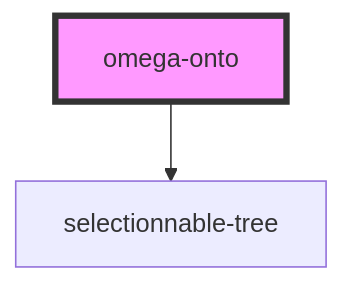
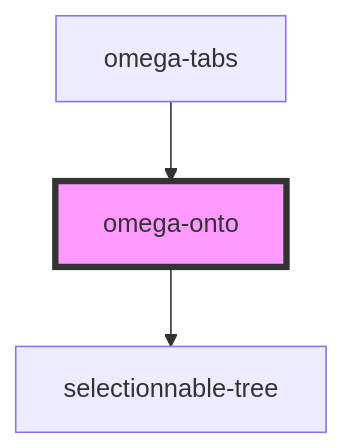
The diagram in src/components/omega-onto/readme.md (alkihis/omega-topology), drawn with Mermaid before and after one commit. The commit also changed other lines of this file and 44 other files, not shown here.

````diff
--- a/src/components/omega-onto/readme.md
+++ b/src/components/omega-onto/readme.md
@@ -55,5 +59,6 @@
 ```mermaid
 graph TD;
   omega-onto --> selectionnable-tree
+  omega-tabs --> omega-onto
   style omega-onto fill:#f9f,stroke:#333,stroke-width:4px
 ```
````
